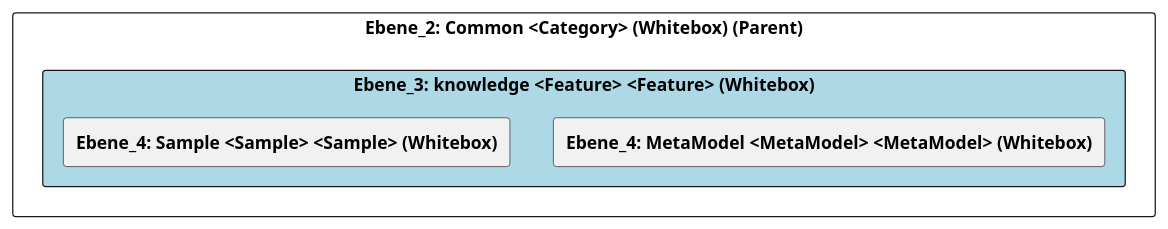
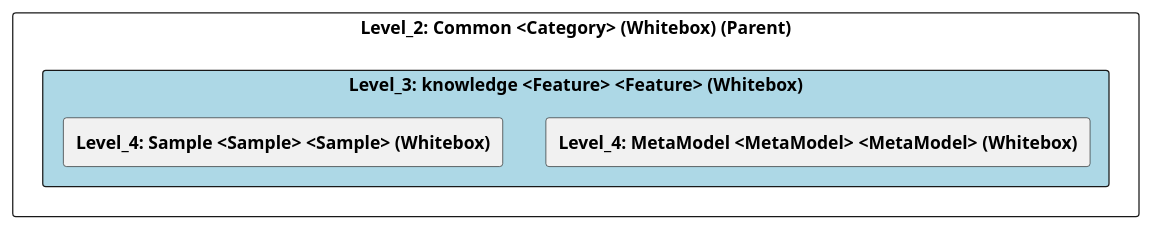
One commit to marcozwyssig/cleon changed the diagram in doc/cleonproject_deliverables_architecture_model_architecture/adoc/de/05_bausteinsicht/cleon/common/knowledge/ebene_3_knowledge.adoc. Above: the diagram before and after it, drawn with PlantUML. The commit also changed other lines of this file and 83 other files, not shown here.

```diff
--- a/doc/cleonproject_deliverables_architecture_model_architecture/adoc/de/05_bausteinsicht/cleon/common/knowledge/ebene_3_knowledge.adoc
+++ b/doc/cleonproject_deliverables_architecture_model_architecture/adoc/de/05_bausteinsicht/cleon/common/knowledge/ebene_3_knowledge.adoc
@@ -20,25 +20,25 @@
-[plantuml, Ebene_3: knowledge <Feature> <Feature> (Whitebox)BlockOverview, format="svg"]
+[plantuml, Level_3: knowledge <Feature> <Feature> (Whitebox)BlockOverview, format="svg"]
 ----
-@startuml Ebene_3: knowledge <Feature> <Feature> (Whitebox)BuildingBlockOverview
+@startuml Level_3: knowledge <Feature> <Feature> (Whitebox)BuildingBlockOverview
 
 skinparam ranksep 10
 skinparam componentStyle rectangle
 skinparam shadowing false
 skinparam arrowColor lightblue
 skinparam arrowThickness 1.2
 skinparam rectangle {
   BackgroundColor White
   BorderColor #333
   RoundCorner 10
 }
 top to bottom direction
 
-component "Ebene_2: Common <Category> (Whitebox) (Parent)" {
-    component "Ebene_3: knowledge <Feature> <Feature> (Whitebox)" #lightblue {
-        [**Ebene_4: MetaModel <MetaModel> <MetaModel> (Whitebox)**] as 4A57056D_D579_11EE_903E_9F564E4DE07E
-        [**Ebene_4: Sample <Sample> <Sample> (Whitebox)**] as 4A56DE4C_D579_11EE_903E_9F564E4DE07E
+component "Level_2: Common <Category> (Whitebox) (Parent)" {
+    component "Level_3: knowledge <Feature> <Feature> (Whitebox)" #lightblue {
+        [**Level_4: MetaModel <MetaModel> <MetaModel> (Whitebox)**] as 4A57056D_D579_11EE_903E_9F564E4DE07E
+        [**Level_4: Sample <Sample> <Sample> (Whitebox)**] as 4A56DE4C_D579_11EE_903E_9F564E4DE07E
     }
 }
 
 @enduml
 ----
```
